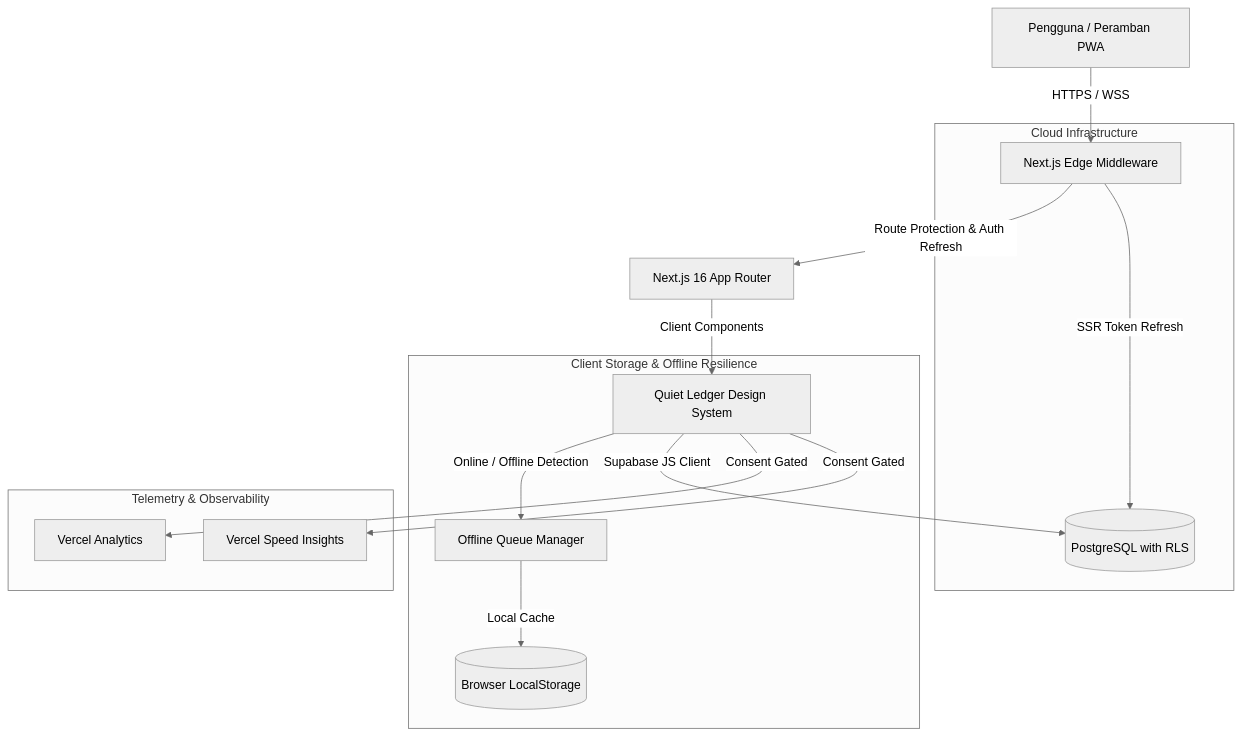
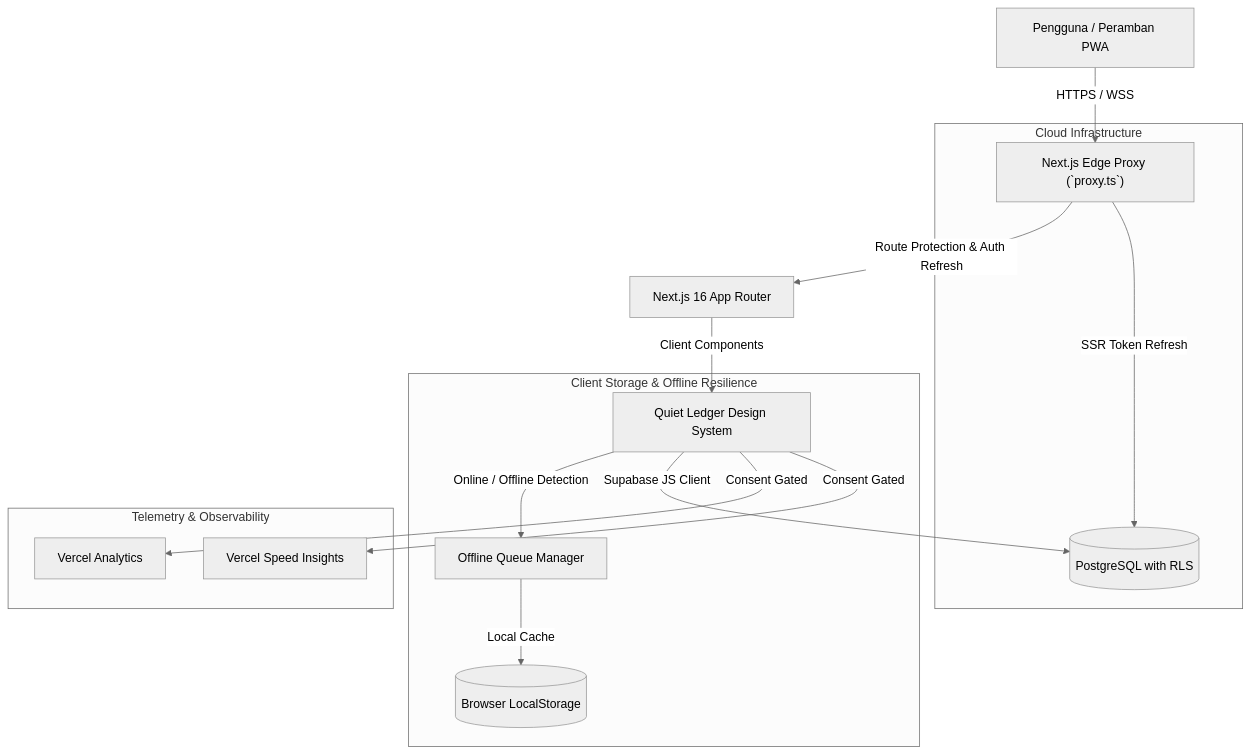
The diagram in docs/ARCHITECTURE.md (rhaffle87/cukupin), drawn with Mermaid (neutral theme) before and after one commit. The commit also changed other lines of this file and 5 other files, not shown here.

Commit message:
refactor: migrate middleware logic to edge proxy, add PWA service worker, and document system architecture

````diff
--- a/docs/ARCHITECTURE.md
+++ b/docs/ARCHITECTURE.md
@@ -11,21 +11,21 @@
 ```mermaid
 flowchart TD
-    User["Pengguna / Peramban PWA"] -->|"HTTPS / WSS"| Edge["Next.js Edge Middleware"]
+    User["Pengguna / Peramban PWA"] -->|"HTTPS / WSS"| Edge["Next.js Edge Proxy (`proxy.ts`)"]
     Edge -->|"Route Protection & Auth Refresh"| SSR["Next.js 16 App Router"]
     SSR -->|"Client Components"| UI["Quiet Ledger Design System"]
 
     subgraph ClientStorage ["Client Storage & Offline Resilience"]
         UI -->|"Online / Offline Detection"| Sync["Offline Queue Manager"]
         Sync -->|"Local Cache"| LocalStorage[("Browser LocalStorage")]
     end
 
     subgraph CloudInfra ["Cloud Infrastructure"]
         UI -->|"Supabase JS Client"| DB[("PostgreSQL with RLS")]
         Edge -->|"SSR Token Refresh"| DB
     end
 
     subgraph Observability ["Telemetry & Observability"]
         UI -->|"Consent Gated"| VercelAnalytics["Vercel Analytics"]
         UI -->|"Consent Gated"| SpeedInsights["Vercel Speed Insights"]
     end
 ```
````
